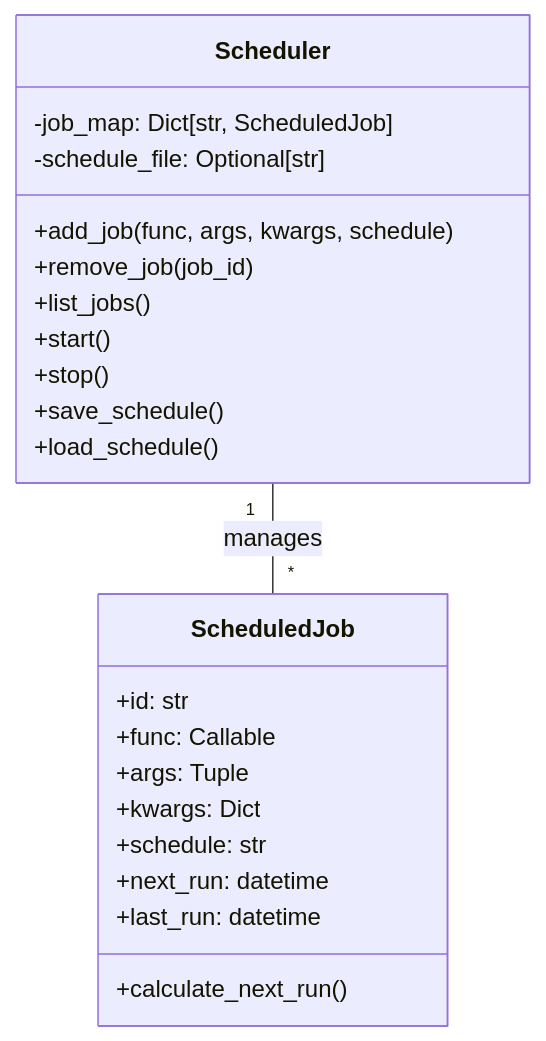
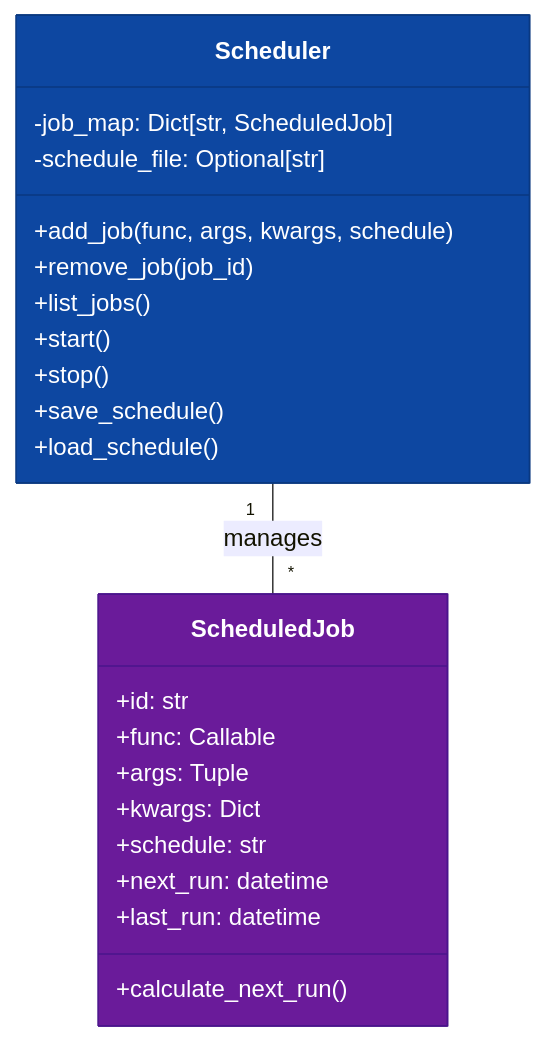
Before and after one commit to ikko/sym: the second of 2 diagrams in docs/cookbook/2_scheduling_jobs.md, drawn with Mermaid. The commit also changed other lines of this file, not shown here.

````diff
--- a/docs/cookbook/2_scheduling_jobs.md
+++ b/docs/cookbook/2_scheduling_jobs.md
@@ -179,25 +200,28 @@
 ```mermaid
 classDiagram
     class ScheduledJob {
         +id: str
         +func: Callable
         +args: Tuple
         +kwargs: Dict
         +schedule: str
         +next_run: datetime
         +last_run: datetime
         +calculate_next_run()
     }
     class Scheduler {
         -job_map: Dict[str, ScheduledJob]
         -schedule_file: Optional[str]
         +add_job(func, args, kwargs, schedule)
         +remove_job(job_id)
         +list_jobs()
         +start()
         +stop()
         +save_schedule()
         +load_schedule()
     }
     Scheduler "1" -- "*" ScheduledJob : manages
+
+    style ScheduledJob fill:#6A1B9A,stroke:#4A148C,color:white
+    style Scheduler fill:#0D47A1,stroke:#0A3880,color:white
 ```
````
